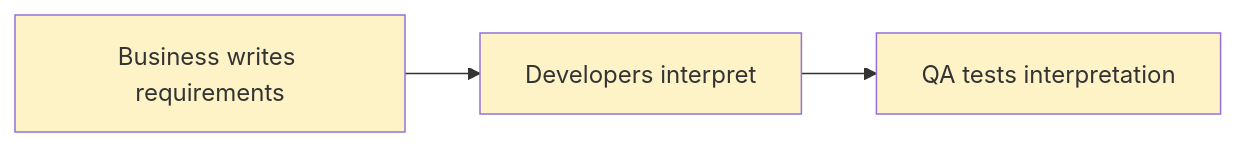
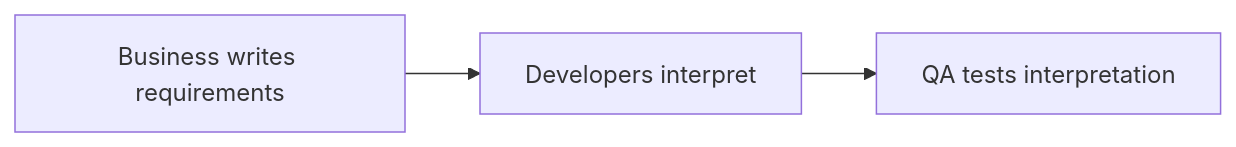
One commit to ready-to-release/eac changed the third of 6 diagrams in docs/explanation/everything-as-code/paradigm.md. Above: the diagram before and after it, drawn with Mermaid. The commit also changed other lines of this file and 28 other files, not shown here.

````diff
--- a/docs/explanation/everything-as-code/paradigm.md
+++ b/docs/explanation/everything-as-code/paradigm.md
@@ -116,7 +107,4 @@
 ```mermaid
 flowchart LR
     A[Business writes requirements] --> B[Developers interpret] --> C[QA tests interpretation]
-    style A fill:#fef3c7
-    style B fill:#fef3c7
-    style C fill:#fef3c7
 ```
````
